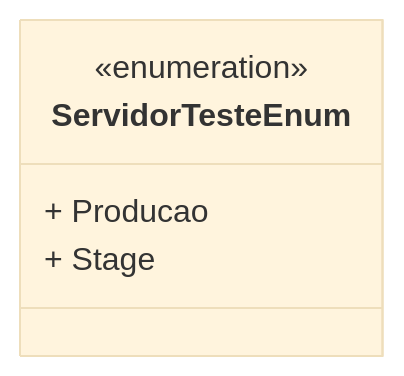
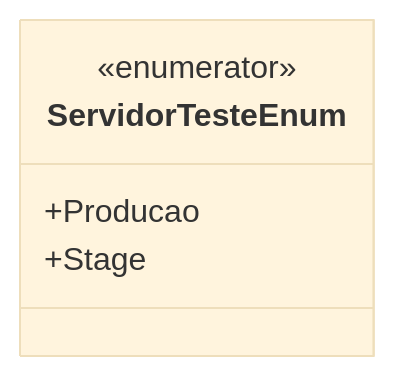
Before and after one commit to IsthmusSistemas/documentacao-tecnica: the diagram in docs/b2b-dominio/IsthmusWinthor.Nucleo/IsthmusWinthor.Dominio/Enumeradores/ServidorTesteEnum.md, drawn with Mermaid (base theme). The commit also changed other lines of this file and 882 other files, not shown here.

````diff
--- a/docs/b2b-dominio/IsthmusWinthor.Nucleo/IsthmusWinthor.Dominio/Enumeradores/ServidorTesteEnum.md
+++ b/docs/b2b-dominio/IsthmusWinthor.Nucleo/IsthmusWinthor.Dominio/Enumeradores/ServidorTesteEnum.md
@@ -12,8 +12,8 @@
 ```mermaid
 classDiagram
     class ServidorTesteEnum {
-        <<enumeration>>
-        + Producao
-        + Stage
+        <<enumerator>>
+        +Producao
+        +Stage
     }
 ```
````
